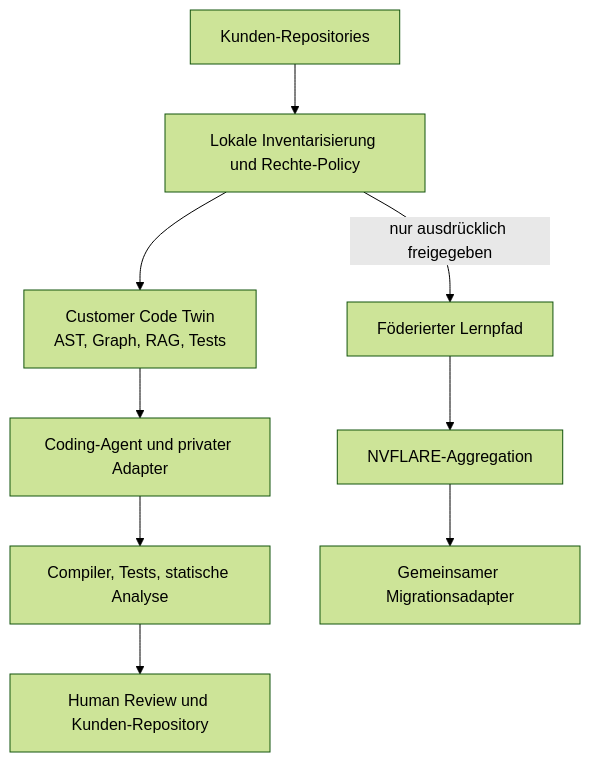
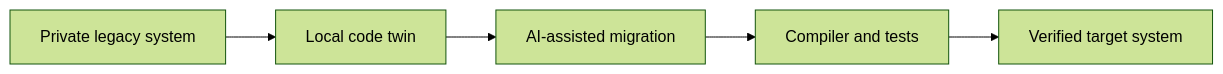
Before and after one commit to ofunk-nvidia/FederatedCoding: the first of 2 diagrams in README.md, drawn with Mermaid (forest theme). The commit also changed other lines of this file and 19 other files, not shown here.

````diff
--- a/README.md
+++ b/README.md
@@ -117,11 +15,7 @@
 ```mermaid
-flowchart TB
-    R["Kunden-Repositories"] --> I["Lokale Inventarisierung und Rechte-Policy"]
-    I --> K["Customer Code Twin\nAST, Graph, RAG, Tests"]
-    K --> A["Coding-Agent und privater Adapter"]
-    A --> V["Compiler, Tests, statische Analyse"]
-    V --> H["Human Review und Kunden-Repository"]
-    I -->|"nur ausdrücklich freigegeben"| F["Föderierter Lernpfad"]
-    F --> N["NVFLARE-Aggregation"]
-    N --> G["Gemeinsamer Migrationsadapter"]
+flowchart LR
+    S["Private legacy system"] --> T["Local code twin"]
+    T --> A["AI-assisted migration"]
+    A --> V["Compiler and tests"]
+    V --> M["Verified target system"]
 ```
````
